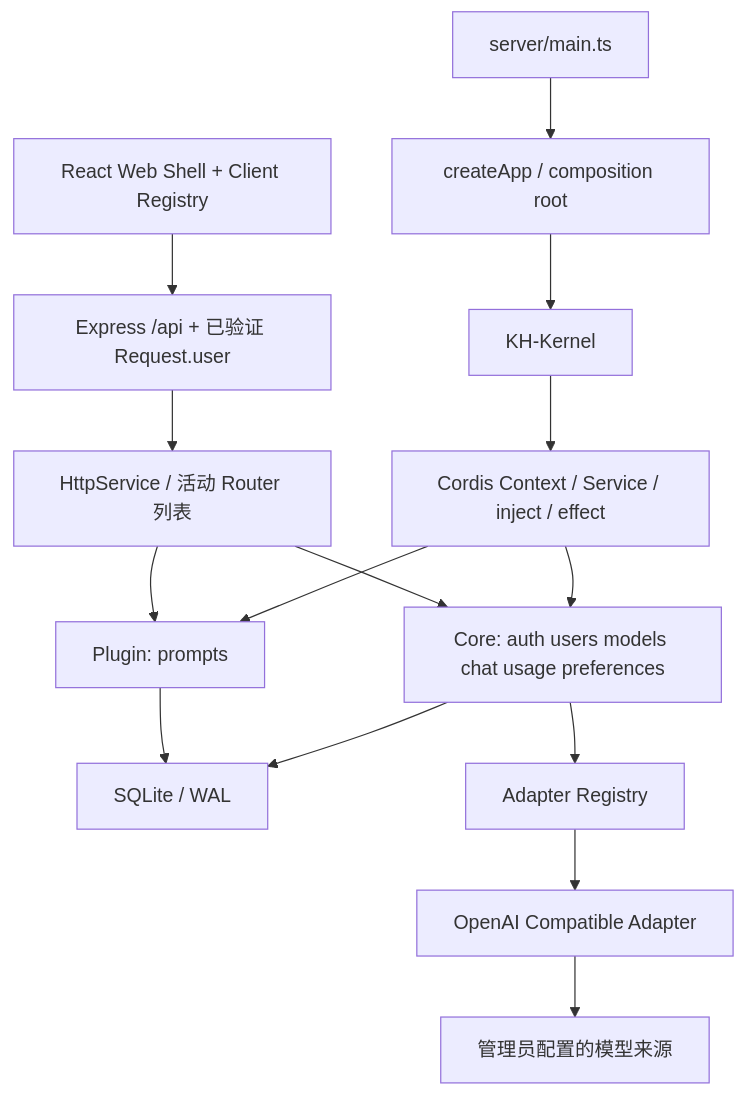
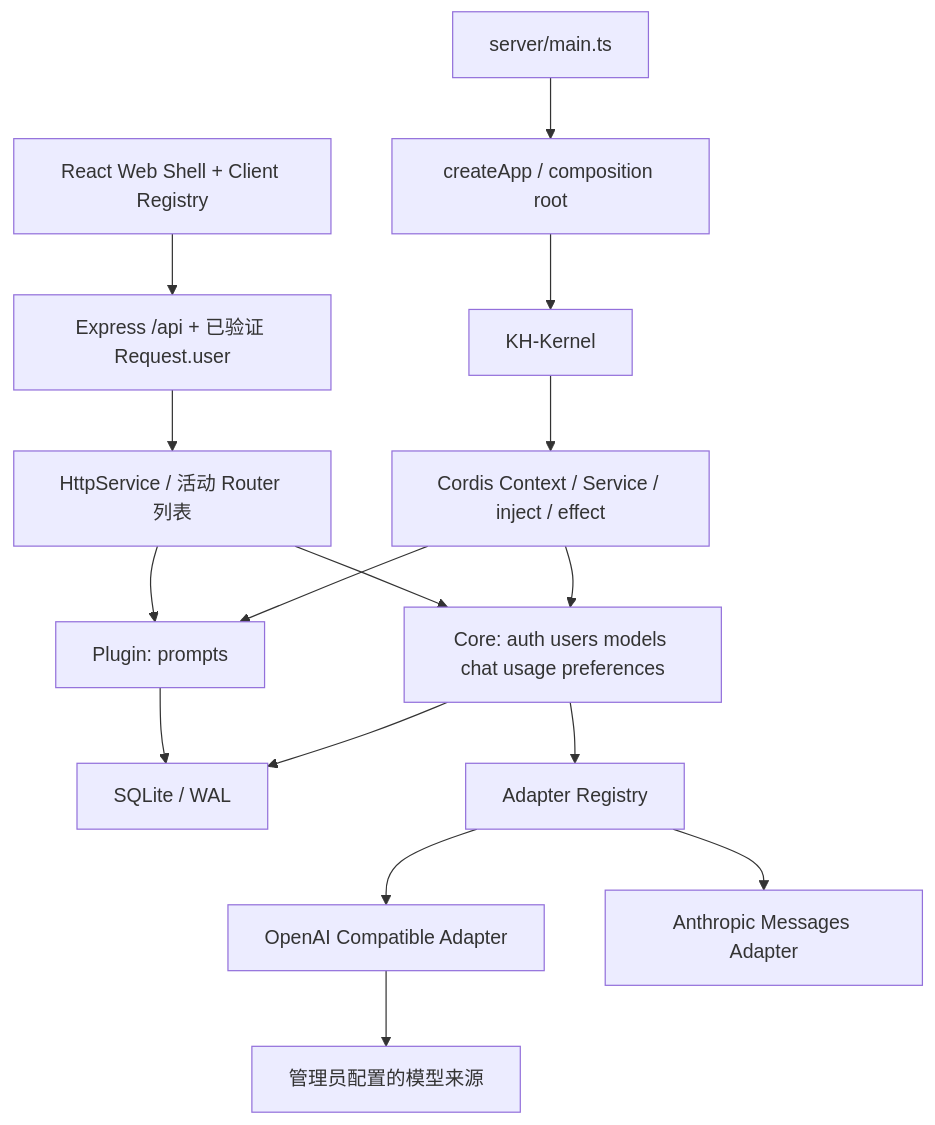
The diagram in docs/ARCHITECTURE.md (ChongKaKam/KAKAM-Harness), drawn with Mermaid before and after one commit. The commit also changed other lines of this file and 45 other files, not shown here.

````diff
--- a/docs/ARCHITECTURE.md
+++ b/docs/ARCHITECTURE.md
@@ -7,17 +7,18 @@
 ```mermaid
 flowchart TD
     Main[server/main.ts] --> App[createApp / composition root]
     App --> Kernel[KH-Kernel]
     Kernel --> Engine[Cordis Context / Service / inject / effect]
     Engine --> Core[Core: auth users models chat usage preferences]
     Engine --> Plugins[Plugin: prompts]
     UI[React Web Shell + Client Registry] --> HTTP[Express /api + 已验证 Request.user]
     HTTP --> Routes[HttpService / 活动 Router 列表]
     Routes --> Core
     Routes --> Plugins
     Core --> DB[SQLite / WAL]
     Plugins --> DB
     Core --> AR[Adapter Registry]
     AR --> OA[OpenAI Compatible Adapter]
+    AR --> AA[Anthropic Messages Adapter]
     OA --> Provider[管理员配置的模型来源]
 ```
````
